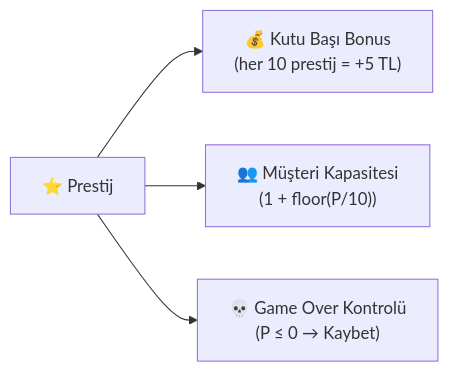
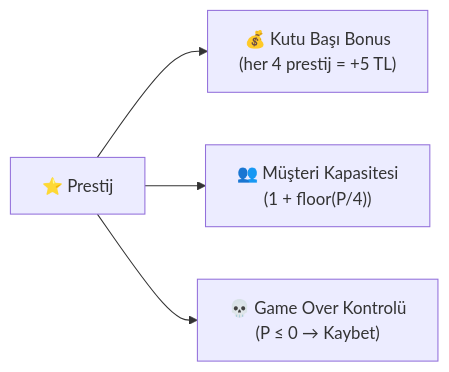
Before and after one commit to Thefec/Cargor: the third of 11 diagrams in GDD.md, drawn with Mermaid. The commit also changed other lines of this file and 20 other files, not shown here.

````diff
--- a/GDD.md
+++ b/GDD.md
@@ -353,6 +353,6 @@
 ```mermaid
 flowchart LR
-    P["⭐ Prestij"] --> A["💰 Kutu Başı Bonus\n(her 10 prestij = +5 TL)"]
-    P --> B["👥 Müşteri Kapasitesi\n(1 + floor(P/10))"]
+    P["⭐ Prestij"] --> A["💰 Kutu Başı Bonus\n(her 4 prestij = +5 TL)"]
+    P --> B["👥 Müşteri Kapasitesi\n(1 + floor(P/4))"]
     P --> C["💀 Game Over Kontrolü\n(P ≤ 0 → Kaybet)"]
 ```
````
